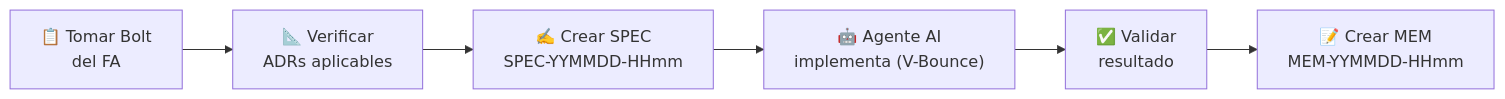
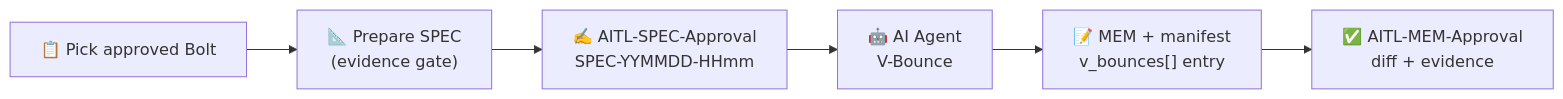
One commit to EugenioSerrano/Cooperator changed the third of 3 diagrams in devflow/README.md. Above: the diagram before and after it, drawn with Mermaid. The commit also changed other lines of this file and 198 other files, not shown here.

````diff
--- a/devflow/README.md
+++ b/devflow/README.md
@@ -410,8 +280,8 @@
 ```mermaid
 flowchart LR
-    A["📋 Tomar Bolt\ndel FA"] --> B["📐 Verificar\nADRs aplicables"]
-    B --> C["✍️ Crear SPEC\nSPEC-YYMMDD-HHmm"]
-    C --> D["🤖 Agente AI\nimplementa (V-Bounce)"]
-    D --> E["✅ Validar\nresultado"]
-    E --> F["📝 Crear MEM\nMEM-YYMMDD-HHmm"]
+    A["📋 Pick approved Bolt"] --> B["📐 Prepare SPEC<br>(evidence gate)"]
+    B --> C["✍️ AITL-SPEC-Approval<br>SPEC-YYMMDD-HHmm"]
+    C --> D["🤖 AI Agent<br>V-Bounce"]
+    D --> E["📝 MEM + manifest<br>v_bounces[] entry"]
+    E --> F["✅ AITL-MEM-Approval<br>diff + evidence"]
 ```
````
